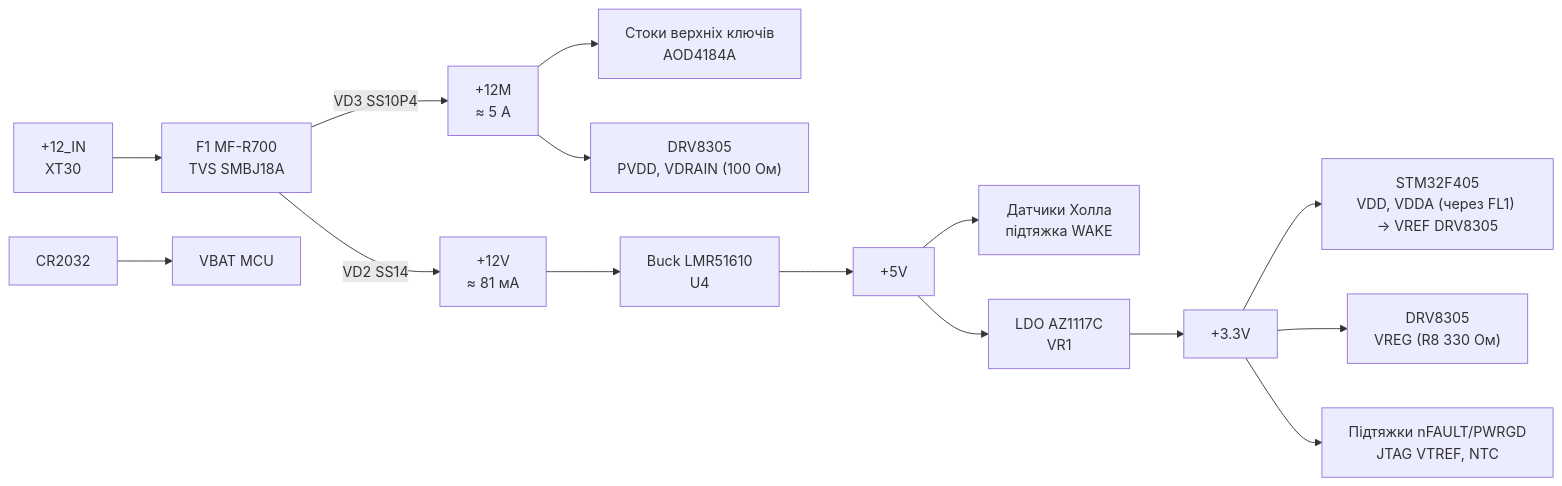
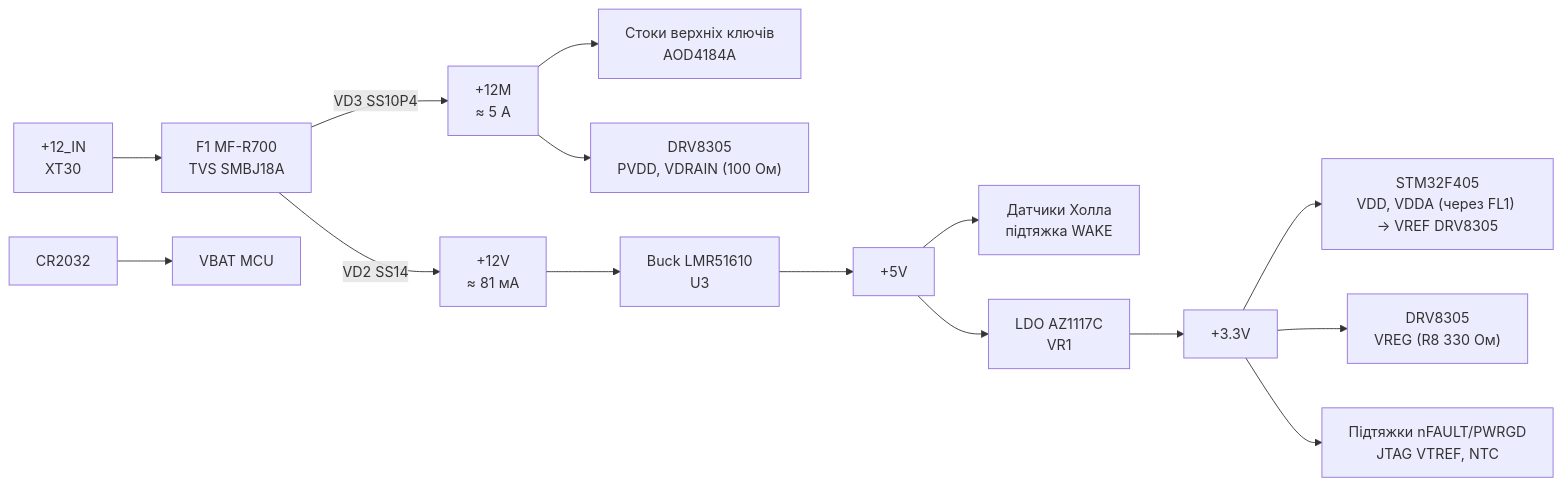
The second of 2 diagrams in motor-drive-controller/docs/architecture.md (anhro/hardware-development), drawn with Mermaid before and after one commit. The commit also changed other lines of this file and 6 other files, not shown here.

````diff
--- a/motor-drive-controller/docs/architecture.md
+++ b/motor-drive-controller/docs/architecture.md
@@ -33,17 +33,17 @@
 ```mermaid
 flowchart LR
     IN["+12_IN<br/>XT30"] --> F1["F1 MF-R700<br/>TVS SMBJ18A"]
     F1 -- "VD3 SS10P4" --> V12M["+12M<br/>≈ 5 А"]
     F1 -- "VD2 SS14" --> V12["+12V<br/>≈ 81 мА"]
     V12M --> Q["Стоки верхніх ключів<br/>AOD4184A"]
     V12M --> PVDD["DRV8305<br/>PVDD, VDRAIN (100 Ом)"]
-    V12 --> BUCK["Buck LMR51610<br/>U4"]
+    V12 --> BUCK["Buck LMR51610<br/>U3"]
     BUCK --> V5["+5V"]
     V5 --> HALL["Датчики Холла<br/>підтяжка WAKE"]
     V5 --> LDO["LDO AZ1117C<br/>VR1"]
     LDO --> V33["+3.3V"]
     V33 --> MCUP["STM32F405<br/>VDD, VDDA (через FL1) → VREF DRV8305"]
     V33 --> DRVL["DRV8305<br/>VREG (R8 330 Ом)"]
     V33 --> PU["Підтяжки nFAULT/PWRGD<br/>JTAG VTREF, NTC"]
     BAT["CR2032"] --> VBAT["VBAT MCU"]
 ```
````
